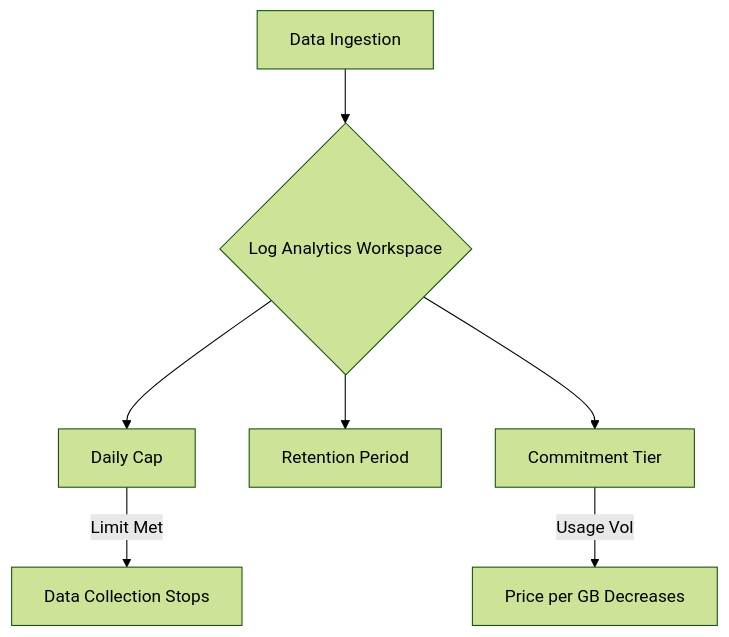
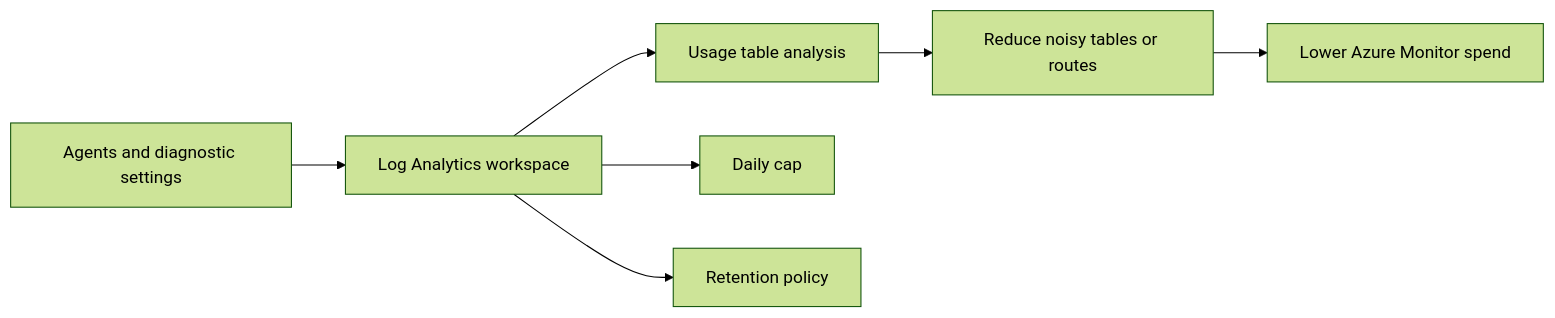
Before and after one commit to yeongseon/azure-monitoring-practical-guide: the diagram in docs/operations/cost-control.md, drawn with Mermaid (forest theme). The commit also changed other lines of this file and 50 other files, not shown here.

````diff
--- a/docs/operations/cost-control.md
+++ b/docs/operations/cost-control.md
@@ -5,9 +3,9 @@
 ```mermaid
-graph TD
-    A[Data Ingestion] --> B{Log Analytics Workspace}
-    B --> C[Daily Cap]
-    B --> D[Retention Period]
-    B --> E[Commitment Tier]
-    C -- Limit Met --> F[Data Collection Stops]
-    E -- Usage Vol --> G[Price per GB Decreases]
+flowchart LR
+    Sources[Agents and diagnostic settings] --> Workspace[Log Analytics workspace]
+    Workspace --> Usage[Usage table analysis]
+    Workspace --> Cap[Daily cap]
+    Workspace --> Retention[Retention policy]
+    Usage --> Action[Reduce noisy tables or routes]
+    Action --> Savings[Lower Azure Monitor spend]
 ```
````
